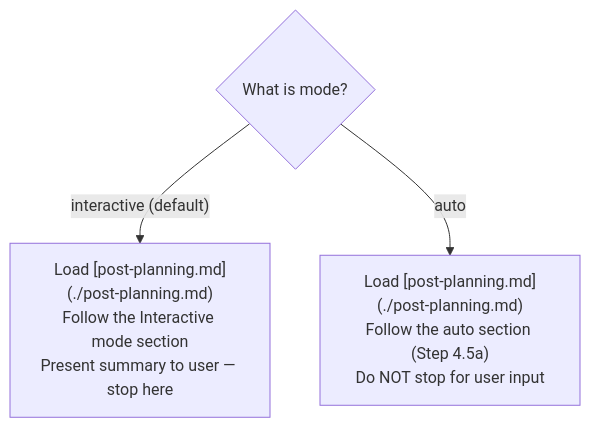
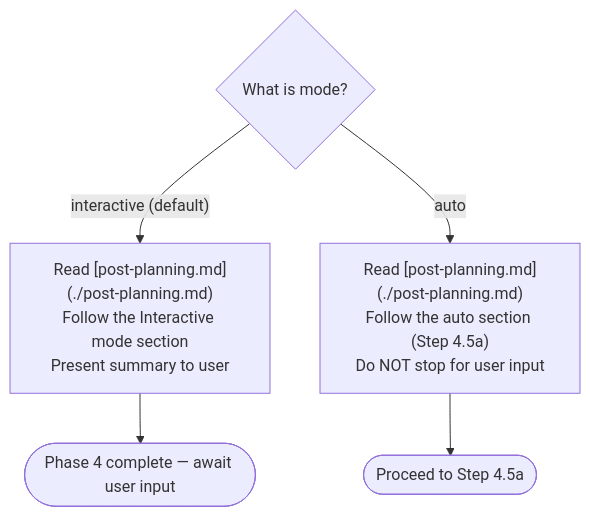
Before and after one commit to chgreer1070/claude_skills: the third of 3 diagrams in plugins/development-harness/skills/work-backlog-item/references/workflows/work/plan.md, drawn with Mermaid. The commit also changed other lines of this file and 3 other files, not shown here.

````diff
--- a/plugins/development-harness/skills/work-backlog-item/references/workflows/work/plan.md
+++ b/plugins/development-harness/skills/work-backlog-item/references/workflows/work/plan.md
@@ -49,6 +101,8 @@
 ```mermaid
 flowchart TD
     Q{What is mode?}
-    Q -->|"interactive (default)"| Report["Load [post-planning.md](./post-planning.md)<br>Follow the Interactive mode section<br>Present summary to user — stop here"]
-    Q -->|"auto"| Auto["Load [post-planning.md](./post-planning.md)<br>Follow the auto section (Step 4.5a)<br>Do NOT stop for user input"]
+    Q -->|"interactive (default)"| Report["Read [post-planning.md](./post-planning.md)<br>Follow the Interactive mode section<br>Present summary to user"]
+    Q -->|"auto"| Auto["Read [post-planning.md](./post-planning.md)<br>Follow the auto section (Step 4.5a)<br>Do NOT stop for user input"]
+    Report --> StopInteractive([Phase 4 complete — await user input])
+    Auto --> ContinueAuto([Proceed to Step 4.5a])
 ```
````
